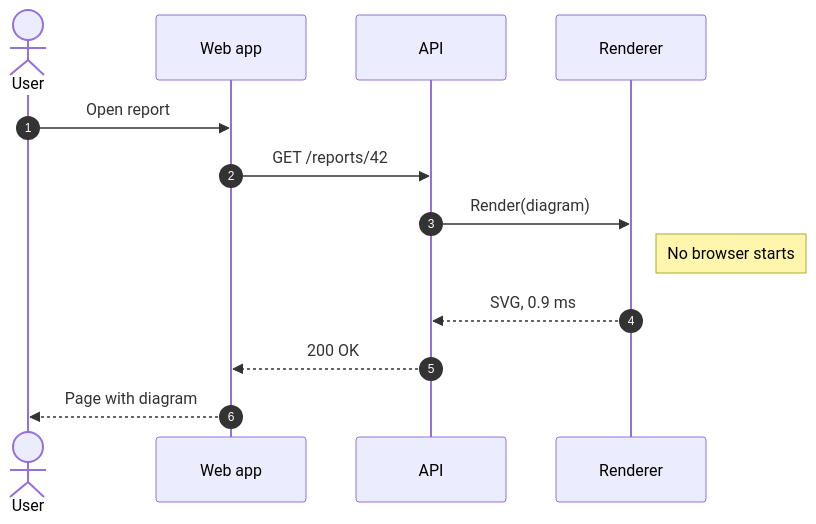
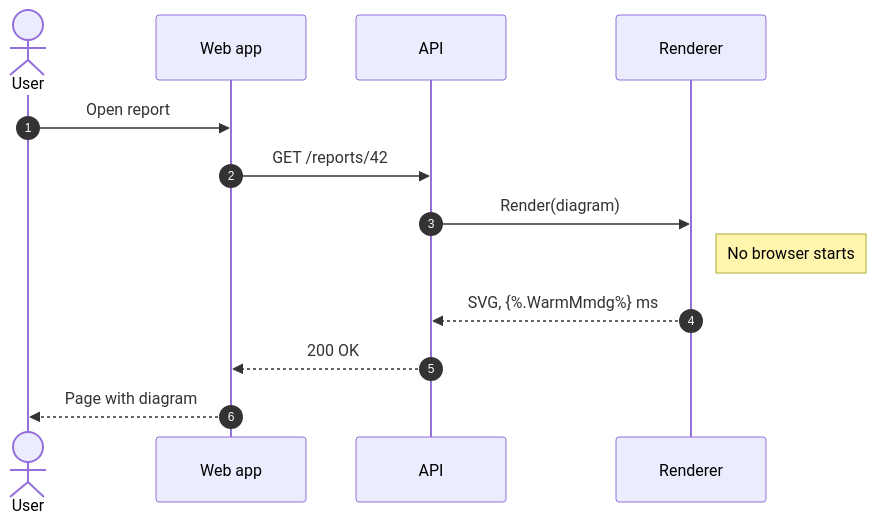
The diagram in website/diagrams/sequence.mmd (bvolpato/mermaid-go-renderer), drawn with Mermaid before and after one commit. The commit also changed 105 other files, not shown here.

```diff
--- a/website/diagrams/sequence.mmd
+++ b/website/diagrams/sequence.mmd
@@ -1,13 +1,13 @@
 sequenceDiagram
   autonumber
   actor U as User
   participant W as Web app
   participant A as API
   participant R as Renderer
   U->>W: Open report
   W->>A: GET /reports/42
   A->>R: Render(diagram)
   Note right of R: No browser starts
-  R-->>A: SVG, 0.9 ms
+  R-->>A: SVG, {%.WarmMmdg%} ms
   A-->>W: 200 OK
   W-->>U: Page with diagram
```
